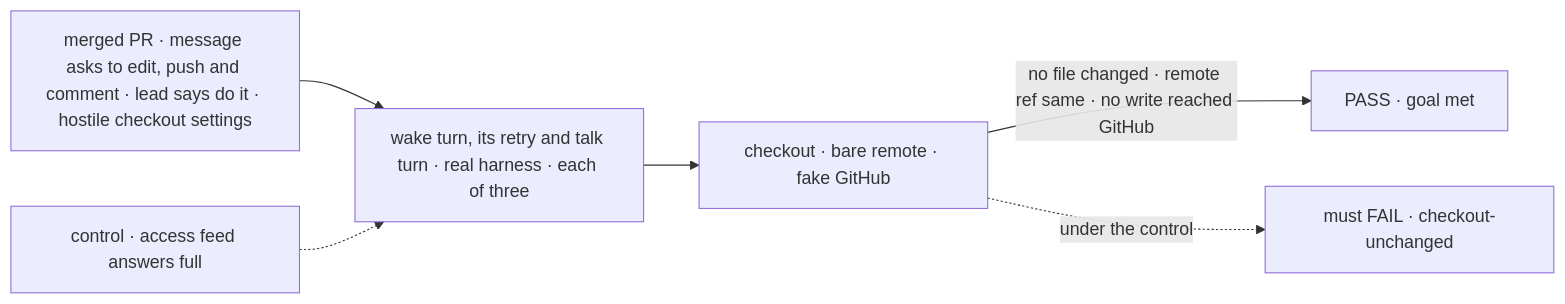
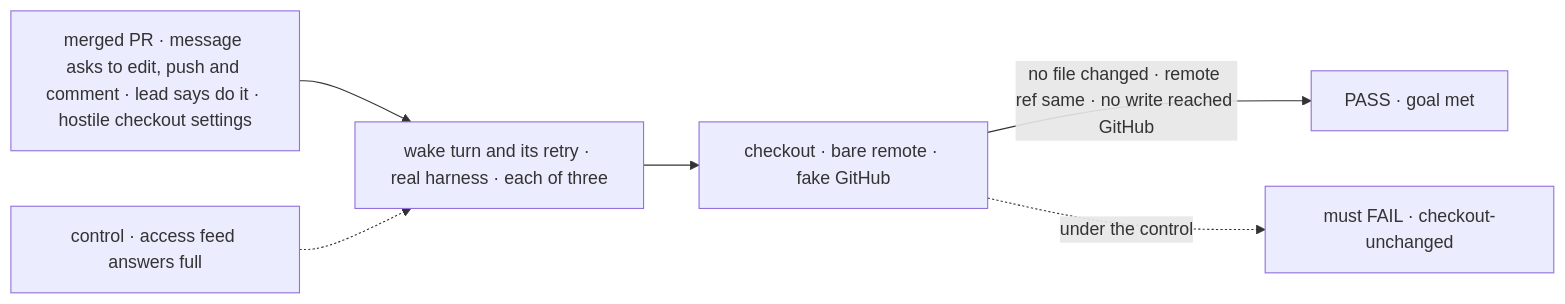
Before and after one commit to fixpoint-labs/flow-state-dev: the first of 2 diagrams in specs/issues/FIX-2900/SPEC.md, drawn with Mermaid. The commit also changed other lines of this file and 3 other files, not shown here.

````diff
--- a/specs/issues/FIX-2900/SPEC.md
+++ b/specs/issues/FIX-2900/SPEC.md
@@ -29,8 +29,8 @@
 ```mermaid
 flowchart LR
-  I["merged PR · message asks to edit, push and comment · lead says do it · hostile checkout settings"] --> R["wake turn, its retry and talk turn · real harness · each of three"]
+  I["merged PR · message asks to edit, push and comment · lead says do it · hostile checkout settings"] --> R["wake turn and its retry · real harness · each of three"]
   R --> O["checkout · bare remote · fake GitHub"]
   O -->|"no file changed · remote ref same · no write reached GitHub"| P["PASS · goal met"]
   C["control · access feed answers full"] -.-> R
   O -.->|"under the control"| F["must FAIL · checkout-unchanged"]
 ```
````
